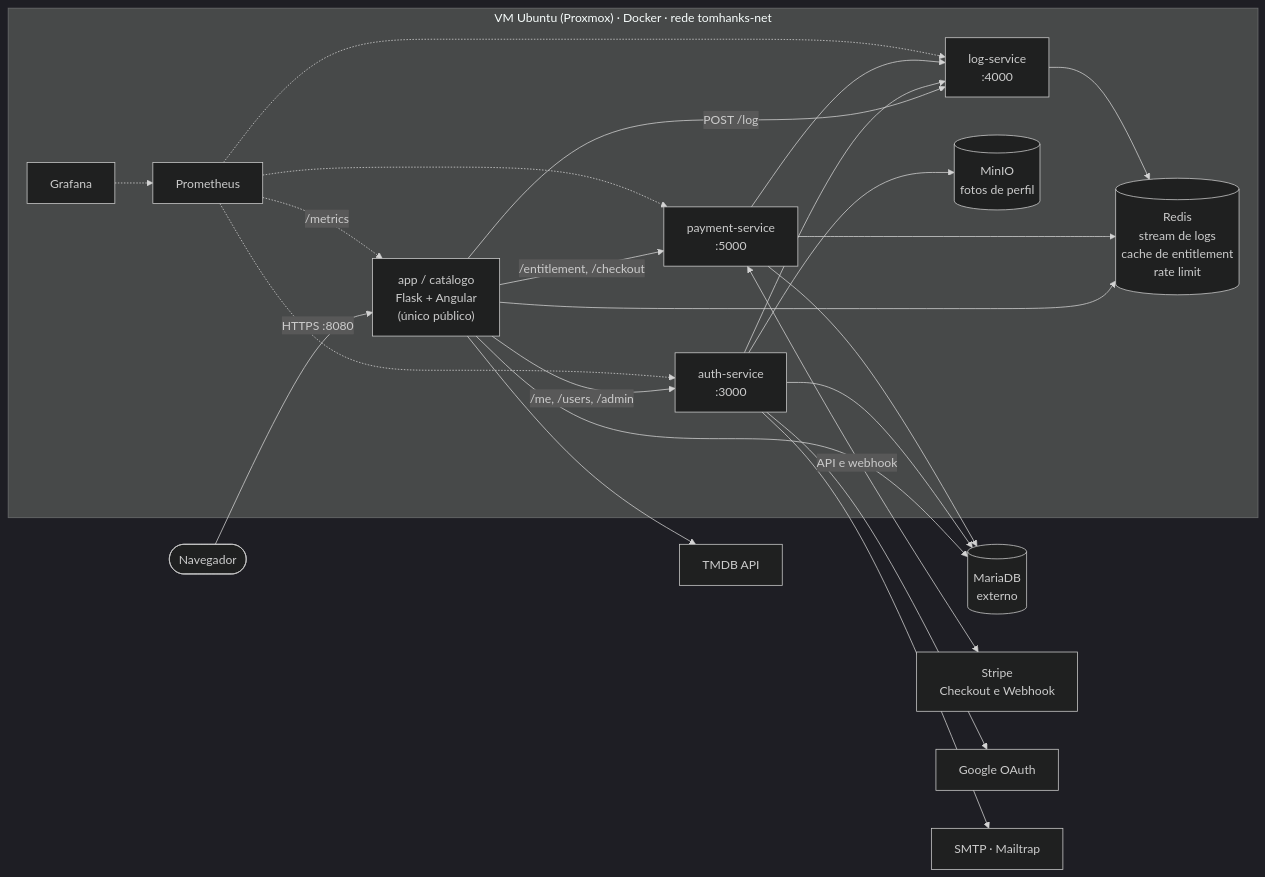
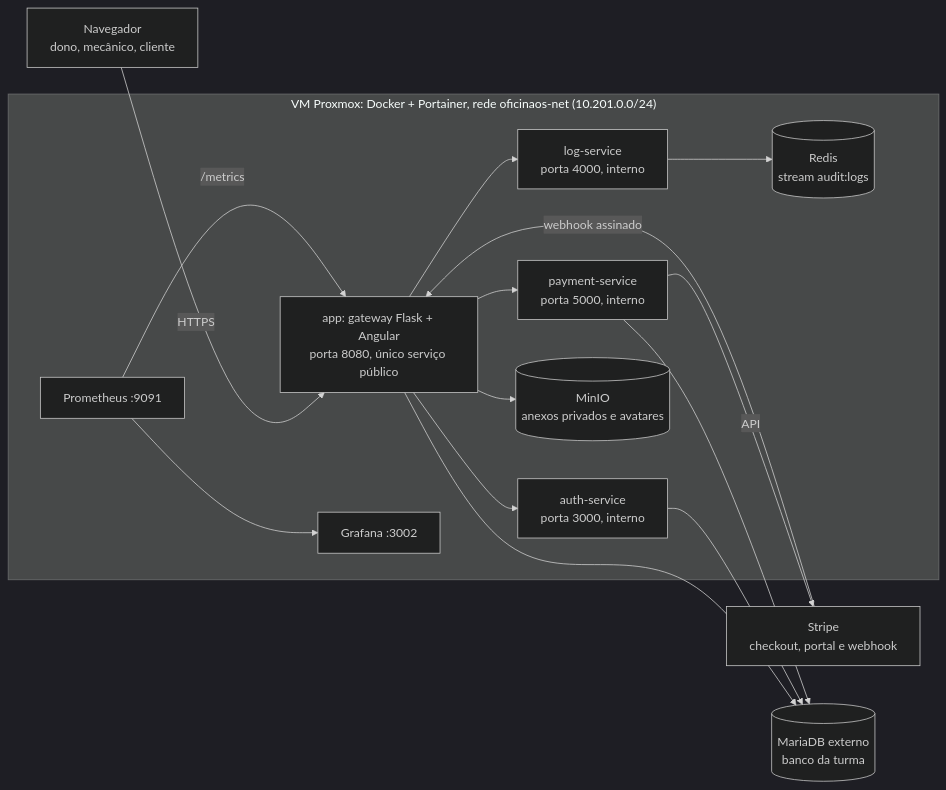
One commit to JoaoVSerrano/OficinaOS changed the first of 3 diagrams in DOCUMENTACAO.md. Above: the diagram before and after it, drawn with Mermaid (dark theme). The commit also changed other lines of this file and 6 other files, not shown here.

````diff
--- a/DOCUMENTACAO.md
+++ b/DOCUMENTACAO.md
@@ -37,43 +13,26 @@
 ```mermaid
 flowchart LR
-    U([Navegador]) -->|HTTPS :8080| APP
-
-    subgraph Docker["VM Ubuntu (Proxmox) · Docker · rede tomhanks-net"]
-        APP["app / catálogo<br/>Flask + Angular<br/>(único público)"]
-        AUTH["auth-service<br/>:3000"]
-        LOG["log-service<br/>:4000"]
-        PAY["payment-service<br/>:5000"]
-        REDIS[("Redis<br/>stream de logs<br/>cache de entitlement<br/>rate limit")]
-        MINIO[("MinIO<br/>fotos de perfil")]
-        PROM["Prometheus"]
-        GRAF["Grafana"]
+    U["Navegador<br/>dono, mecânico, cliente"] -->|HTTPS| APP
+    STRIPE["Stripe<br/>checkout, portal e webhook"]
+    DB[("MariaDB externo<br/>banco da turma")]
+    subgraph VM ["VM Proxmox: Docker + Portainer, rede oficinaos-net (10.201.0.0/24)"]
+        APP["app: gateway Flask + Angular<br/>porta 8080, único serviço público"]
+        AUTH["auth-service<br/>porta 3000, interno"]
+        LOG["log-service<br/>porta 4000, interno"]
+        PAY["payment-service<br/>porta 5000, interno"]
+        REDIS[("Redis<br/>stream audit:logs")]
+        MINIO[("MinIO<br/>anexos privados e avatares")]
+        PROM["Prometheus :9091"] --> GRAF["Grafana :3002"]
     end
-
-    DB[("MariaDB<br/>externo")]
-    STRIPE["Stripe<br/>Checkout e Webhook"]
-    TMDB["TMDB API"]
-    GOOGLE["Google OAuth"]
-    SMTP["SMTP · Mailtrap"]
-
-    APP -->|"/me, /users, /admin"| AUTH
-    APP -->|"POST /log"| LOG
-    APP -->|"/entitlement, /checkout"| PAY
-    APP --> REDIS
+    APP --> AUTH
+    APP --> LOG
+    APP --> PAY
+    APP --> MINIO
     APP --> DB
-    APP --> TMDB
     AUTH --> DB
-    AUTH --> MINIO
-    AUTH --> LOG
-    AUTH --> GOOGLE
-    AUTH --> SMTP
     PAY --> DB
-    PAY --> REDIS
-    PAY --> LOG
-    PAY <-->|API e webhook| STRIPE
     LOG --> REDIS
-    PROM -.->|"/metrics"| APP
-    PROM -.-> AUTH
-    PROM -.-> LOG
-    PROM -.-> PAY
-    GRAF -.-> PROM
+    PAY -->|API| STRIPE
+    STRIPE -->|webhook assinado| APP
+    PROM -->|/metrics| APP
 ```
````
